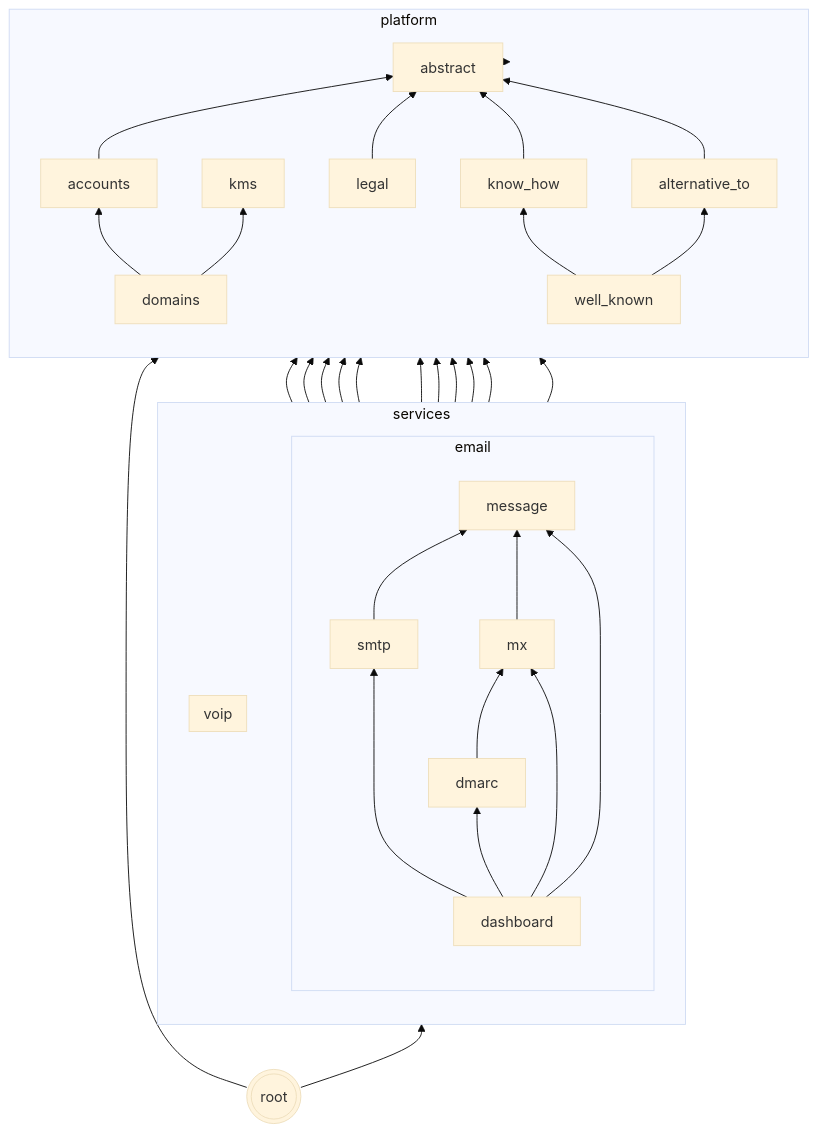
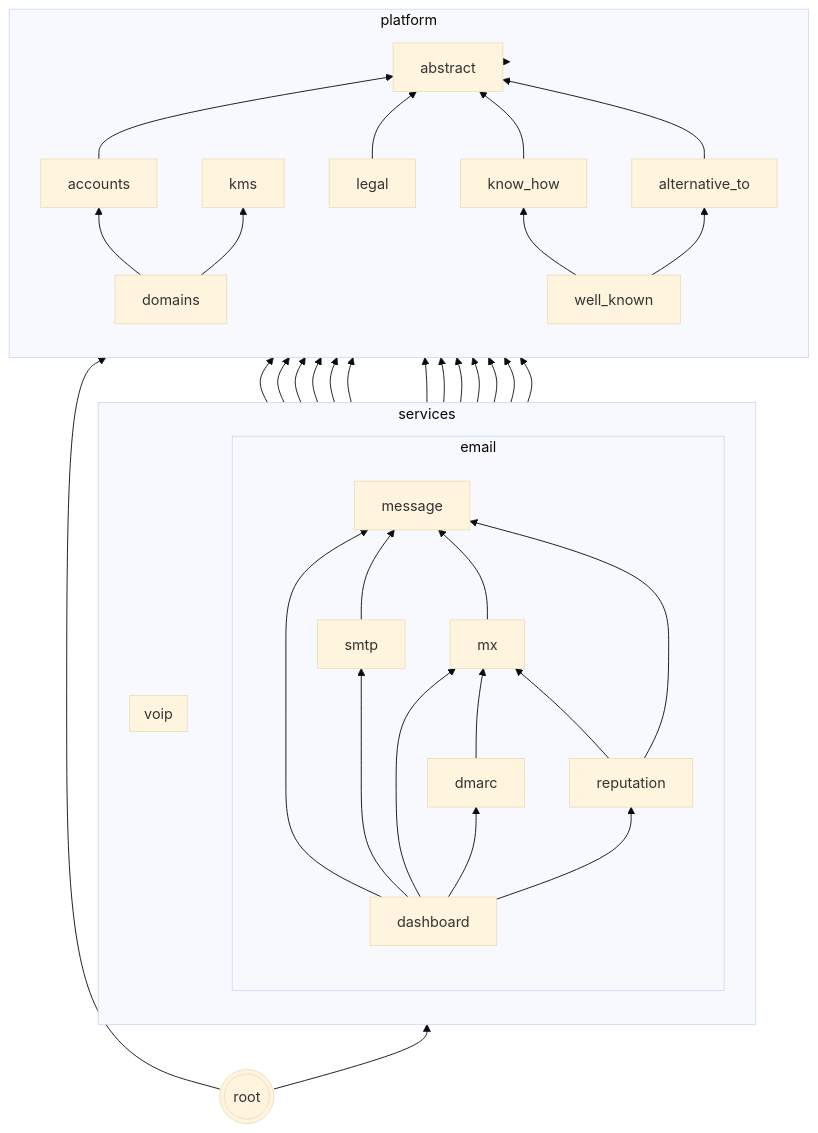
The diagram in README.md (codingjoe/relay), drawn with Mermaid (base theme) before and after one commit. The commit also changed other lines of this file and 31 other files, not shown here.

````diff
--- a/README.md
+++ b/README.md
@@ -144,58 +145,64 @@
 ```mermaid
 graph BT
  abstract[abstract];
  kms[kms];
  subgraph platform
  direction BT
  accounts
  domains
  know_how[know_how]
  alternative_to[alternative_to]
  legal
  well_known[well_known]
  domains --> accounts
  accounts --> abstract
  domains --> kms
  legal --> abstract
  know_how --> abstract
  alternative_to --> abstract
  well_known --> know_how
  well_known --> alternative_to
  end
  subgraph services
  direction BT
  subgraph email
  direction BT
  dashboard[dashboard]
  message[message]
  smtp
  mx
  dmarc
+ reputation
  message --> accounts
  message --> domains
  smtp --> message
  smtp --> accounts
  smtp --> domains
  smtp --> kms
  mx --> message
  mx --> accounts
  mx --> domains
  mx --> kms
  dmarc --> accounts
  dmarc --> domains
  dmarc --> mx
+ reputation --> mx
+ reputation --> message
+ reputation --> domains
+ reputation --> accounts
  dashboard --> message
  dashboard --> smtp
  dashboard --> mx
  dashboard --> dmarc
+ dashboard --> reputation
  end
  subgraph voip
  direction BT
  end
  end
  services --> platform;
  platform --> abstract;
  root --> services;
  root --> platform;
  root(((root)))
 ```
````
